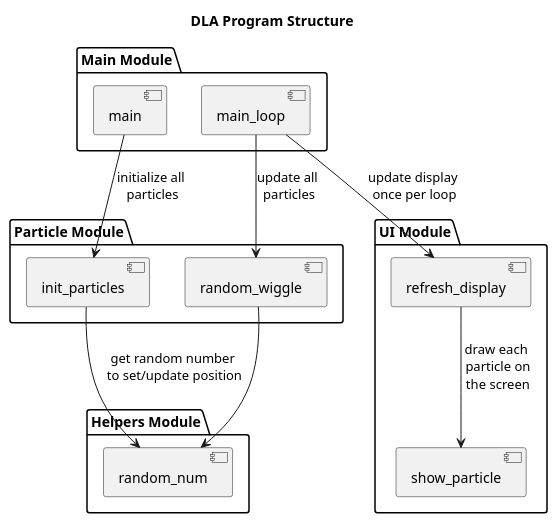
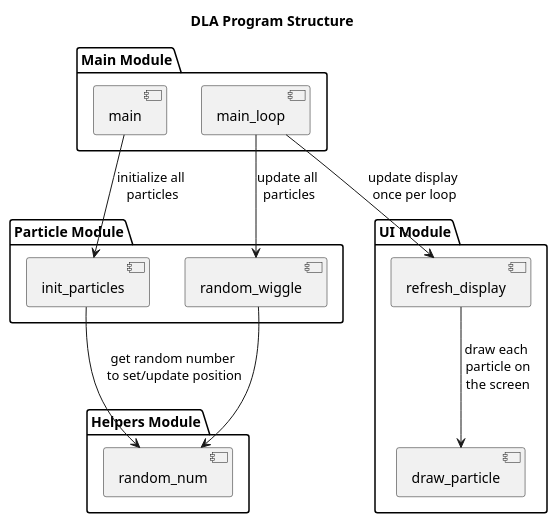
One commit to travisformayor/assembly_dla changed the diagram in diagrams/structure.puml. Above: the diagram before and after it, drawn with PlantUML. The commit also changed 2 other files, not shown here.

Commit message:
rename show_particle to draw_particle

```diff
--- a/diagrams/structure.puml
+++ b/diagrams/structure.puml
@@ -1,39 +1,39 @@
 @startuml Structure
 
 title "DLA Program Structure"
 
 together {
   package "Main Module" {
     [main_loop]
     [main]
   }
   
   package "Particle Module" {
     [init_particles]
     [random_wiggle]
   }
   
   package "Helpers Module" {
     '[console_log]
     [random_num]
   }
 }
 
 package "UI Module" {
   [refresh_display]
-  [show_particle]
+  [draw_particle]
 }
 
 ' Main Connections
 main --> init_particles : initialize all\n particles
 main_loop --> random_wiggle : update all\n particles
 main_loop --> refresh_display : update display\n once per loop
 
 ' Particle Connections
 init_particles --> random_num : " get random number\n  to set/update position"
 random_wiggle --> random_num
 
 ' UI Connections
-refresh_display --> show_particle : draw each\n particle on\n the screen
+refresh_display --> draw_particle : draw each\n particle on\n the screen
 
 @enduml
```
